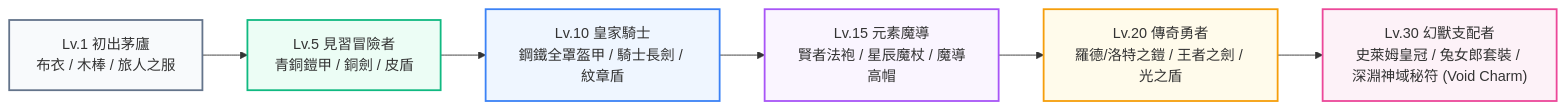
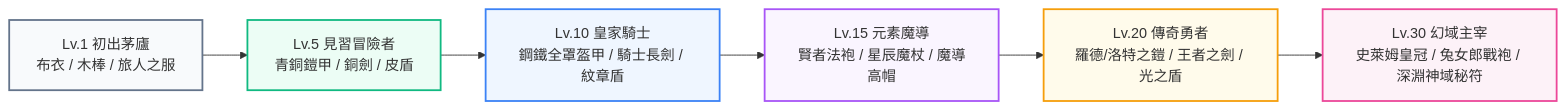
The first of 2 diagrams in document/07_ROADMAP_瓦爾哈拉_勇者鬥惡龍裝備升級系統與32x32經典像素資產開發企劃書.md (moder0811/AgentValhalla), drawn with Mermaid before and after one commit. The commit also changed other lines of this file, not shown here.

Commit message:
docs: upgrade 07 roadmap with true REA reverse engineering pipeline, bust customization, and diversified RPG progression

````diff
--- a/document/07_ROADMAP_瓦爾哈拉_勇者鬥惡龍裝備升級系統與32x32經典像素資產開發企劃書.md
+++ b/document/07_ROADMAP_瓦爾哈拉_勇者鬥惡龍裝備升級系統與32x32經典像素資產開發企劃書.md
@@ -36,15 +41,15 @@
 ```mermaid
 flowchart LR
     L1["Lv.1 初出茅廬<br/>布衣 / 木棒 / 旅人之服"] --> L5["Lv.5 見習冒險者<br/>青銅鎧甲 / 銅劍 / 皮盾"]
     L5 --> L10["Lv.10 皇家騎士<br/>鋼鐵全罩盔甲 / 騎士長劍 / 紋章盾"]
     L10 --> L15["Lv.15 元素魔導<br/>賢者法袍 / 星辰魔杖 / 魔導高帽"]
     L15 --> L20["Lv.20 傳奇勇者<br/>羅德/洛特之鎧 / 王者之劍 / 光之盾"]
-    L20 --> L30["Lv.30 幻獸支配者<br/>史萊姆皇冠 / 兔女郎套裝 / 深淵神域秘符 (Void Charm)"]
+    L20 --> L30["Lv.30 幻域主宰<br/>史萊姆皇冠 / 兔女郎戰袍 / 深淵神域秘符"]
 
     style L1 fill:#f8fafc,stroke:#64748b,stroke-width:2px
     style L5 fill:#ecfdf5,stroke:#10b981,stroke-width:2px
     style L10 fill:#eff6ff,stroke:#3b82f6,stroke-width:2px
     style L15 fill:#faf5ff,stroke:#a855f7,stroke-width:2px
     style L20 fill:#fffbeb,stroke:#f59e0b,stroke-width:2px
     style L30 fill:#fdf2f8,stroke:#ec4899,stroke-width:2px
 ```
````
